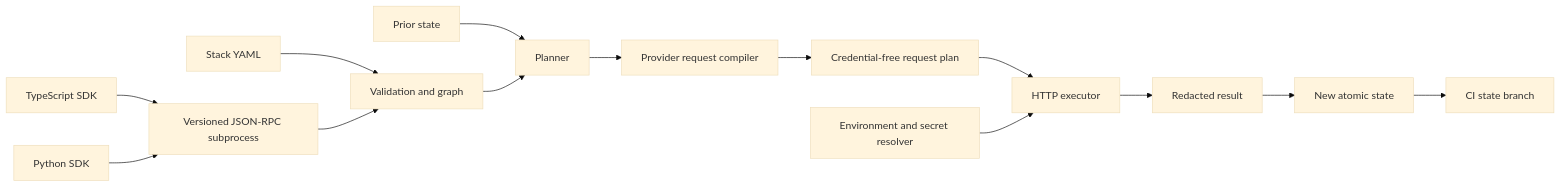
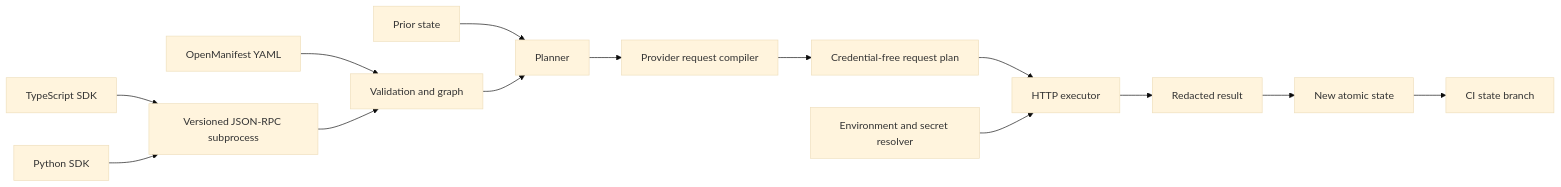
One commit to djsydney04/openStack changed the diagram in docs/architecture.md. Above: the diagram before and after it, drawn with Mermaid (base theme). The commit also changed other lines of this file and 79 other files, not shown here.

Commit message:
Rename Stackport to OpenManifest

````diff
--- a/docs/architecture.md
+++ b/docs/architecture.md
@@ -7,16 +7,16 @@
 ```mermaid
 flowchart LR
-    Y["Stack YAML"] --> V["Validation and graph"]
+    Y["OpenManifest YAML"] --> V["Validation and graph"]
     S["Prior state"] --> P["Planner"]
     V --> P
     P --> C["Provider request compiler"]
     C --> D["Credential-free request plan"]
     D --> E["HTTP executor"]
     X["Environment and secret resolver"] --> E
     E --> R["Redacted result"]
     R --> N["New atomic state"]
     N --> G["CI state branch"]
     TS["TypeScript SDK"] --> RPC["Versioned JSON-RPC subprocess"]
     PY["Python SDK"] --> RPC
     RPC --> V
 ```
````
